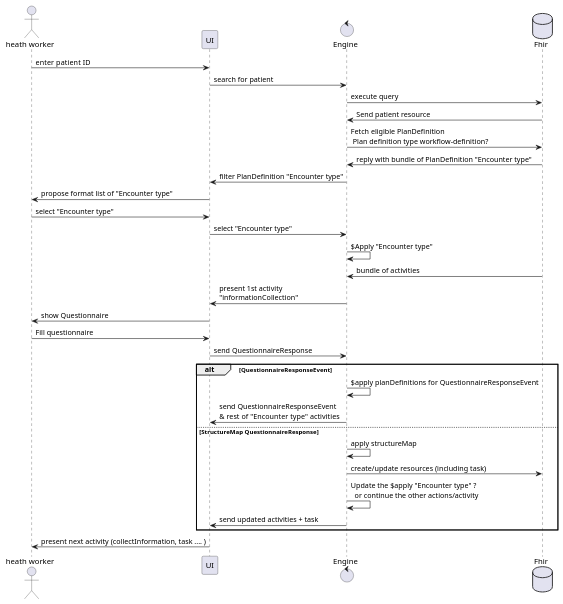
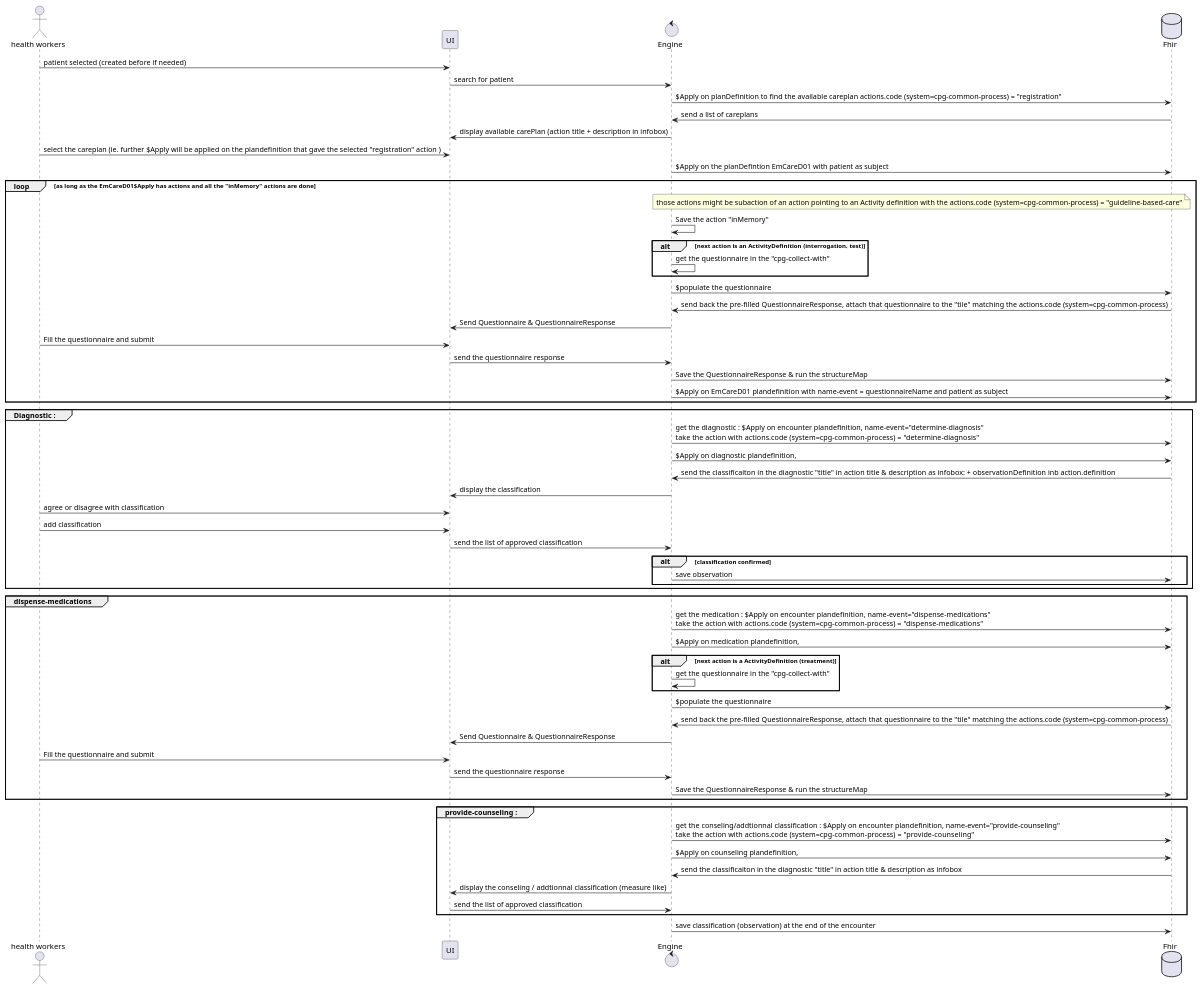
One commit to SwissTPH/pyfhirsdc changed the diagram in activities.puml. Above: the diagram before and after it, drawn with PlantUML. The commit also changed 1 other file, not shown here.

Commit message:
diagrams

```diff
--- a/activities.puml
+++ b/activities.puml
@@ -1,49 +1,88 @@
 @startuml
 
 ' Actors
 'skinparam actorStyle awesome
 'skinparam controlStyle awesome
 
-actor HW as "heath worker" 
-'interface UI as "User interface"
-HW -> UI : enter  patient ID
+actor HW as "health workers" 
+'interface UI as "user interface"
+
+
+HW -> UI : patient selected (created before if needed)
 
 control L as "Engine"
 UI -> L : search for patient
 database F as "Fhir"
 
-L -> F : execute query
-F -> L : Send patient resource
-L -> F : Fetch eligible PlanDefinition\n Plan definition type workflow-definition?
-F -> L : reply with bundle of PlanDefinition "Encounter type"
-L -> UI : filter PlanDefinition "Encounter type"
-UI -> HW : propose format list of "Encounter type"
-HW -> UI: select "Encounter type"
-UI -> L: select "Encounter type"
-L->  L: $Apply "Encounter type"
-F -> L: bundle of activities
-L -> UI : present 1st activity \n"informationCollection"
-UI -> HW: show Questionnaire
-HW -> UI: Fill questionnaire
-UI -> L : send QuestionnaireResponse
-alt QuestionnaireResponseEvent 
-L->L: $apply planDefinitions for QuestionnaireResponseEvent
-L->UI: send QuestionnaireResponseEvent \n&  rest of "Encounter type" activities
-else StructureMap QuestionnaireResponse
-L->L: apply structureMap
-L->F: create/update resources (including task)
-L->L: Update the $apply "Encounter type" ?\n  or continue the other actions/activity
-L->UI: send updated activities + task
-end
-UI -> HW: present next activity (collectInformation, task .... )
+
+L->F: $Apply on planDefinition to find the available careplan actions.code (system=cpg-common-process) = "registration"
+F->L: send a list of careplans
+L->UI: display available carePlan (action title + description in infobox)
+HW-> UI : select the careplan (ie. further $Apply will be applied on the plandefinition that gave the selected "registration" action )
+L -> F : $Apply on the planDefintion EmCareD01 with patient as subject
 
 
+
+loop  as long as the EmCareD01$Apply has actions and all the "inMemory" actions are done
+note over L, F
+those actions might be subaction of an action pointing to an Activity definition with the actions.code (system=cpg-common-process) = "guideline-based-care"
+end note
+    L->L: Save the action "inMemory"
+    alt next action is an ActivityDefinition (interrogation, test)
+        L->L: get the questionnaire in the "cpg-collect-with"
+    end 
+    L -> F : $populate the questionnaire
+    F -> L : send back the pre-filled QuestionnaireResponse, attach that questionnaire to the "tile" matching the actions.code (system=cpg-common-process)
+    L -> UI: Send Questionnaire & QuestionnaireResponse
+    HW -> UI : Fill the questionnaire and submit
+    UI -> L: send the questionnaire response
+    L -> F: Save the QuestionnaireResponse & run the structureMap
+    L -> F : $Apply on EmCareD01 plandefinition with name-event = questionnaireName and patient as subject
+end
+group  Diagnostic :
+    L->F: get the diagnostic : $Apply on encounter plandefinition, name-event="determine-diagnosis" \ntake the action with  actions.code (system=cpg-common-process) =  "determine-diagnosis"
+    L -> F : $Apply on diagnostic plandefinition,  
+    F -> L: send the classificaiton in the diagnostic "title" in action title & description as infobox:  + observationDefinition inb action.definition
+
+    L->UI:  display the classification
+    HW->UI: agree or disagree with classification
+    HW->UI: add classification
+    UI -> L: send the list of approved classification
+    alt classification confirmed
+        L -> F : save observation 
+    end
+end
+group dispense-medications	
+    L->F: get the medication : $Apply on encounter plandefinition, name-event="dispense-medications" \ntake the action with  actions.code (system=cpg-common-process) =  "dispense-medications"
+    L -> F : $Apply on medication plandefinition, 
+    alt next action is a ActivityDefinition (treatment)
+        L->L: get the questionnaire in the "cpg-collect-with"
+    end 
+    L -> F : $populate the questionnaire
+    F -> L : send back the pre-filled QuestionnaireResponse, attach that questionnaire to the "tile" matching the actions.code (system=cpg-common-process)
+    L -> UI: Send Questionnaire & QuestionnaireResponse
+    HW -> UI : Fill the questionnaire and submit
+    UI -> L: send the questionnaire response
+    L -> F: Save the QuestionnaireResponse & run the structureMap
+end
+
+group  provide-counseling :
+    L->F: get the conseling/addtionnal classification : $Apply on encounter plandefinition, name-event="provide-counseling" \ntake the action with  actions.code (system=cpg-common-process) =  "provide-counseling"
+    L -> F : $Apply on counseling plandefinition,  
+    F -> L: send the classificaiton in the diagnostic "title" in action title & description as infobox
+    L->UI:  display the conseling / addtionnal classification (measure like)
+    UI -> L: send the list of approved classification
+end
+
+
+
+L->F: save classification (observation) at the end of the encounter
 
 
 
 
 
 
 
 
 @enduml
```
